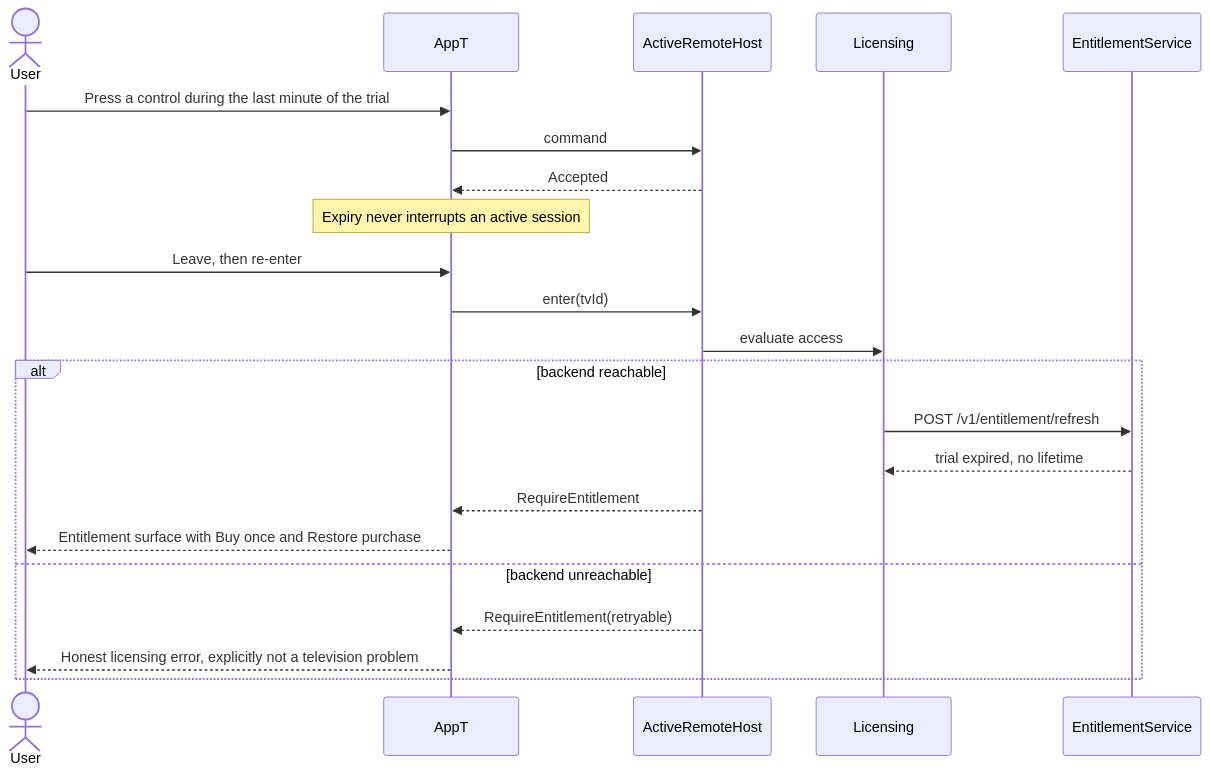
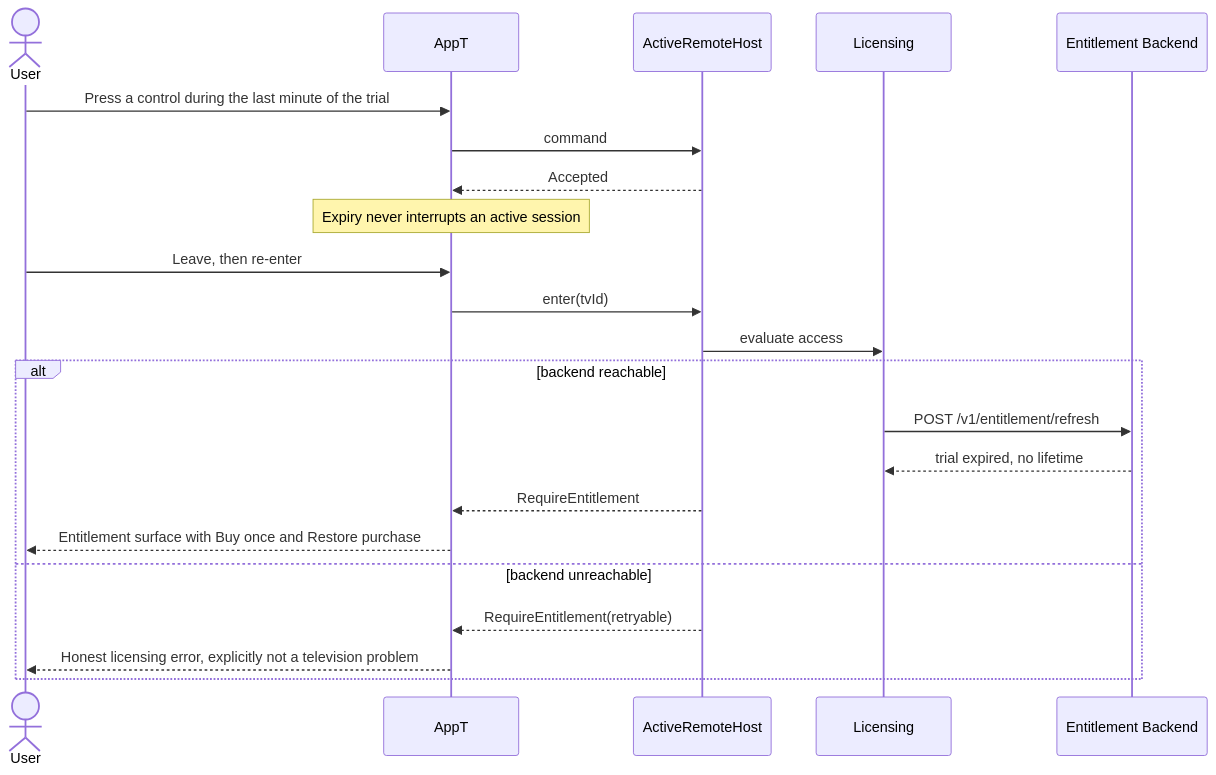
One commit to anthracite-labs/AppT changed the fourth of 14 diagrams in docs/architecture/flows.md. Above: the diagram before and after it, drawn with Mermaid. The commit also changed other lines of this file and 8 other files, not shown here.

````diff
--- a/docs/architecture/flows.md
+++ b/docs/architecture/flows.md
@@ -114,24 +114,24 @@
 ```mermaid
 sequenceDiagram
   actor User
   participant App as AppT
   participant Host as ActiveRemoteHost
   participant Lic as Licensing
-  participant Fn as EntitlementService
+  participant Fn as Entitlement Backend
   User->>App: Press a control during the last minute of the trial
   App->>Host: command
   Host-->>App: Accepted
   Note over App: Expiry never interrupts an active session
   User->>App: Leave, then re-enter
   App->>Host: enter(tvId)
   Host->>Lic: evaluate access
   alt backend reachable
     Lic->>Fn: POST /v1/entitlement/refresh
     Fn-->>Lic: trial expired, no lifetime
     Host-->>App: RequireEntitlement
     App-->>User: Entitlement surface with Buy once and Restore purchase
   else backend unreachable
     Host-->>App: RequireEntitlement(retryable)
     App-->>User: Honest licensing error, explicitly not a television problem
   end
 ```
````
